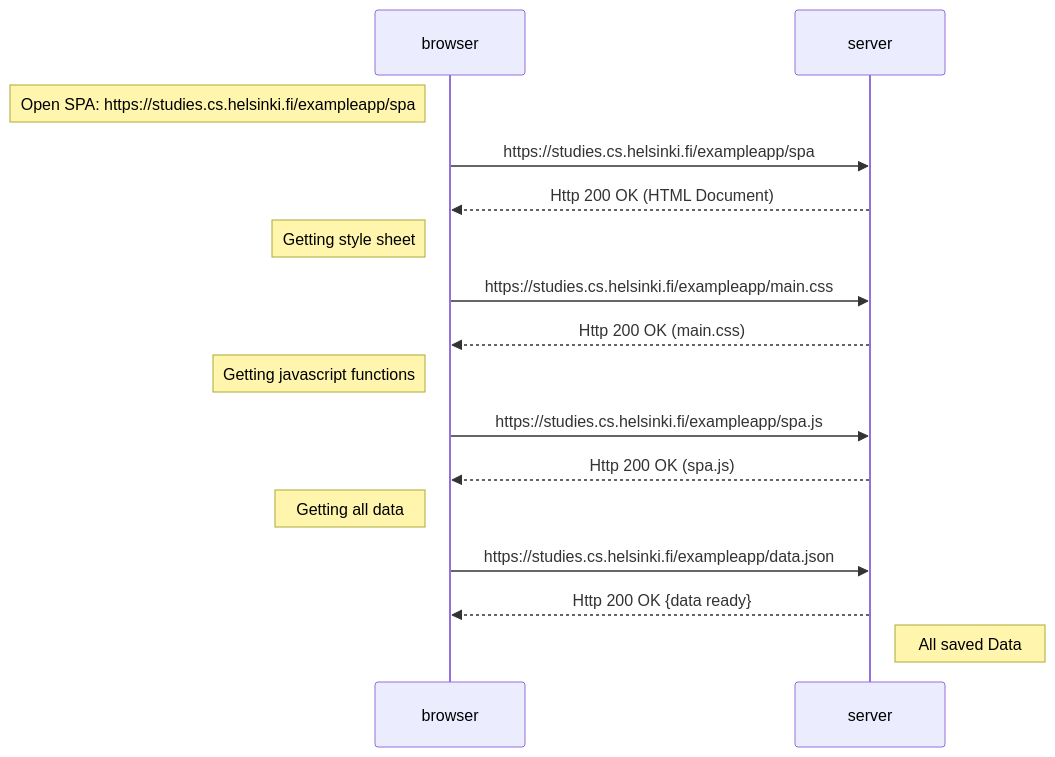
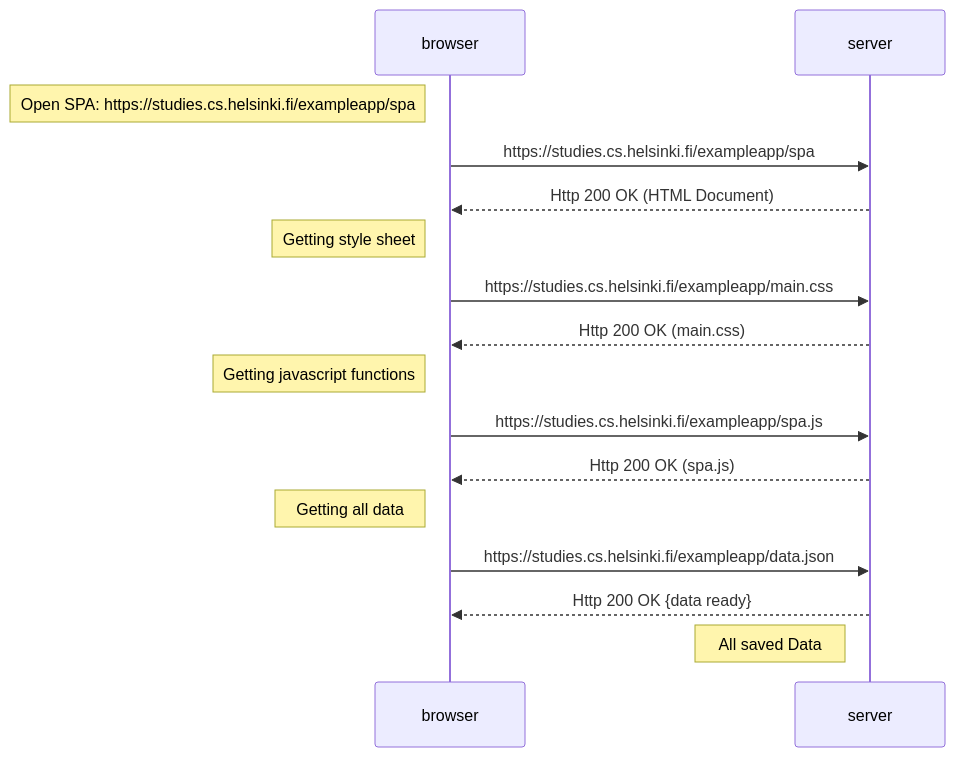
One commit to ArielCS0625/Ejercicios-0.4-0.6- changed the diagram in 06.md. Above: the diagram before and after it, drawn with Mermaid.

````diff
--- a/06.md
+++ b/06.md
@@ -1,24 +1,24 @@
   ```mermaid
   sequenceDiagram
       participant browser
       participant server
 
       Note left of browser: Open SPA: https://studies.cs.helsinki.fi/exampleapp/spa
       browser->>server: https://studies.cs.helsinki.fi/exampleapp/spa   
       server-->>browser: Http 200 OK (HTML Document)
 
       Note left of browser: Getting style sheet
       browser->>server: https://studies.cs.helsinki.fi/exampleapp/main.css     
       server-->>browser: Http 200 OK (main.css)
 
       Note left of browser: Getting javascript functions
       browser->>server: https://studies.cs.helsinki.fi/exampleapp/spa.js      
       server-->>browser: Http 200 OK (spa.js)
 
       Note left of browser: Getting all data
       browser->>server: https://studies.cs.helsinki.fi/exampleapp/data.json      
       server-->>browser: Http 200 OK {data ready}
-      Note right of server: All saved Data
+      Note left of server: All saved Data
 
  
   ```
````
